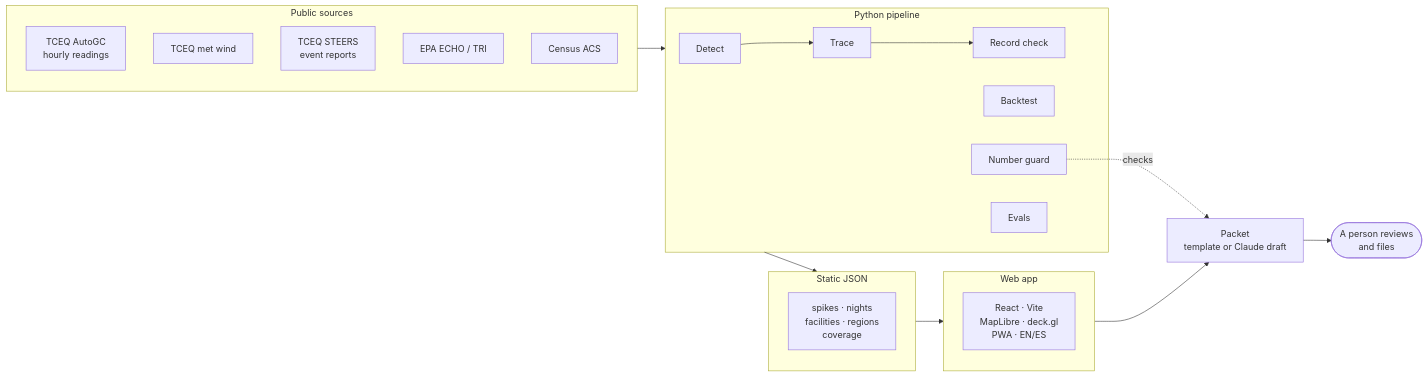
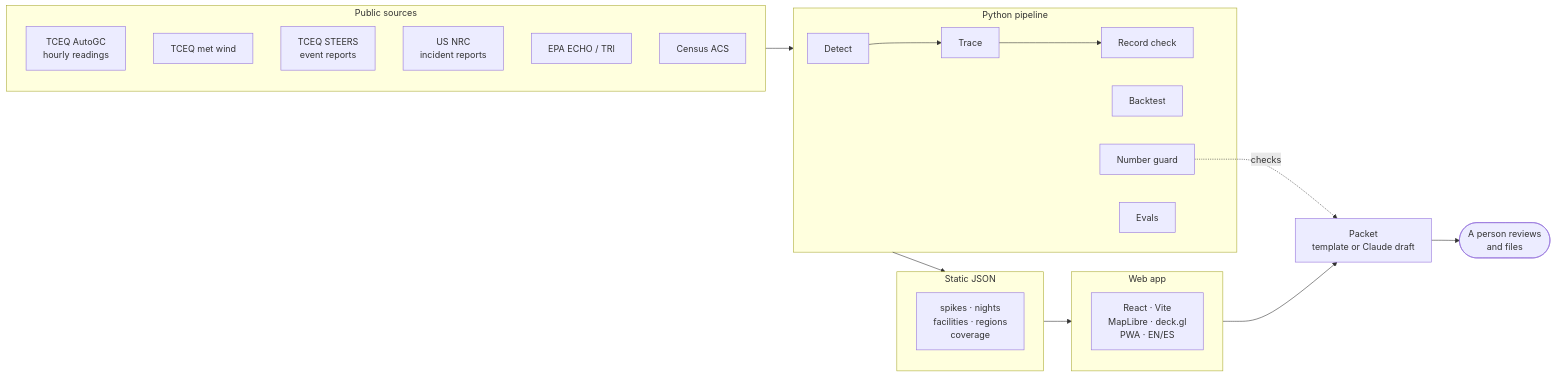
One commit to kgorle1111/plume-witness changed the diagram in README.md. Above: the diagram before and after it, drawn with Mermaid. The commit also changed other lines of this file, not shown here.

````diff
--- a/README.md
+++ b/README.md
@@ -43,30 +44,31 @@
 ```mermaid
 flowchart LR
   subgraph SRC["Public sources"]
     S1["TCEQ AutoGC<br/>hourly readings"]
     S2["TCEQ met wind"]
     S3["TCEQ STEERS<br/>event reports"]
+    S6["US NRC<br/>incident reports"]
     S4["EPA ECHO / TRI"]
     S5["Census ACS"]
   end
   subgraph PIPE["Python pipeline"]
     P1["Detect"] --> P2["Trace"] --> P3["Record check"]
     P4["Backtest"]
     P5["Number guard"]
     P6["Evals"]
   end
   subgraph JSON["Static JSON"]
     J1["spikes · nights<br/>facilities · regions<br/>coverage"]
   end
   subgraph WEB["Web app"]
     W1["React · Vite<br/>MapLibre · deck.gl<br/>PWA · EN/ES"]
   end
   K["Packet<br/>template or Claude draft"]
   H(["A person reviews<br/>and files"])
   SRC --> PIPE
   PIPE --> JSON
   JSON --> WEB
   WEB --> K
   P5 -. checks .-> K
   K --> H
 ```
````
